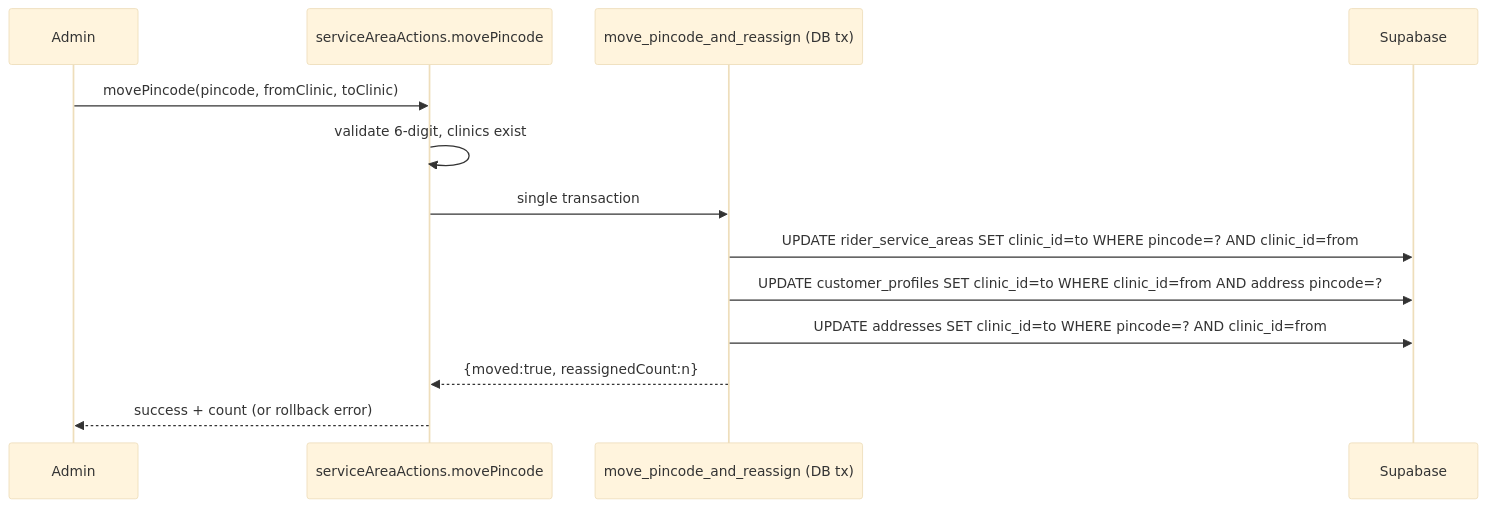
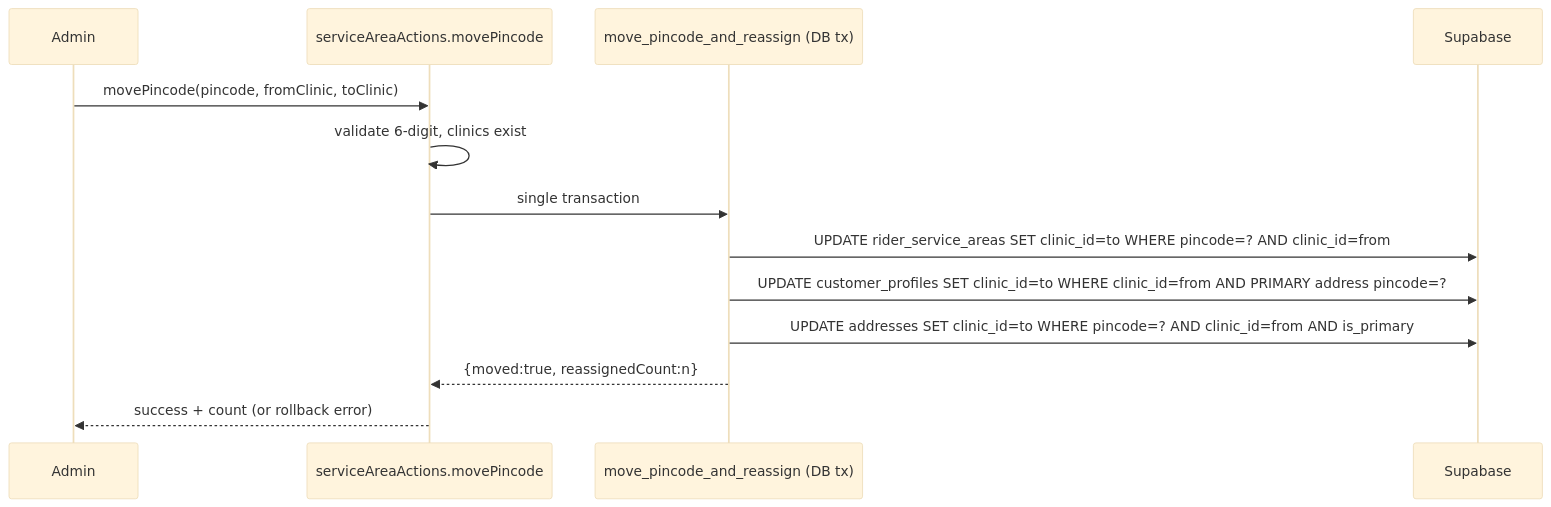
The third of 5 diagrams in .kiro/specs/core-clinic-architecture/design.md (RaviBuilds/arogyadiet-dashboards), drawn with Mermaid (base theme) before and after one commit. The commit also changed other lines of this file and 138 other files, not shown here.

````diff
--- a/.kiro/specs/core-clinic-architecture/design.md
+++ b/.kiro/specs/core-clinic-architecture/design.md
@@ -121,15 +152,15 @@
 ```mermaid
 sequenceDiagram
   participant Admin
   participant Action as serviceAreaActions.movePincode
   participant RPC as move_pincode_and_reassign (DB tx)
   participant DB as Supabase
   Admin->>Action: movePincode(pincode, fromClinic, toClinic)
   Action->>Action: validate 6-digit, clinics exist
   Action->>RPC: single transaction
   RPC->>DB: UPDATE rider_service_areas SET clinic_id=to WHERE pincode=? AND clinic_id=from
-  RPC->>DB: UPDATE customer_profiles SET clinic_id=to WHERE clinic_id=from AND address pincode=?
-  RPC->>DB: UPDATE addresses SET clinic_id=to WHERE pincode=? AND clinic_id=from
+  RPC->>DB: UPDATE customer_profiles SET clinic_id=to WHERE clinic_id=from AND PRIMARY address pincode=?
+  RPC->>DB: UPDATE addresses SET clinic_id=to WHERE pincode=? AND clinic_id=from AND is_primary
   RPC-->>Action: {moved:true, reassignedCount:n}
   Action-->>Admin: success + count (or rollback error)
 ```
````
